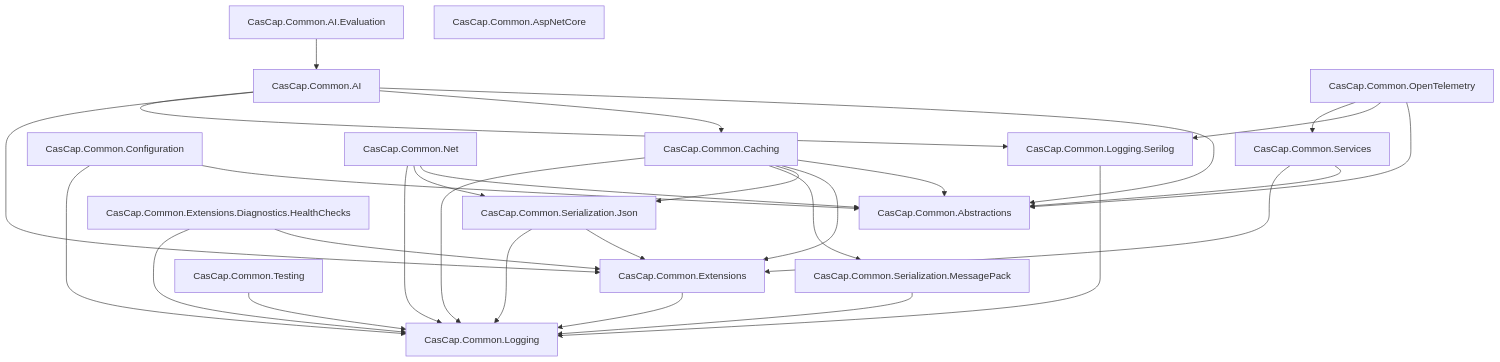
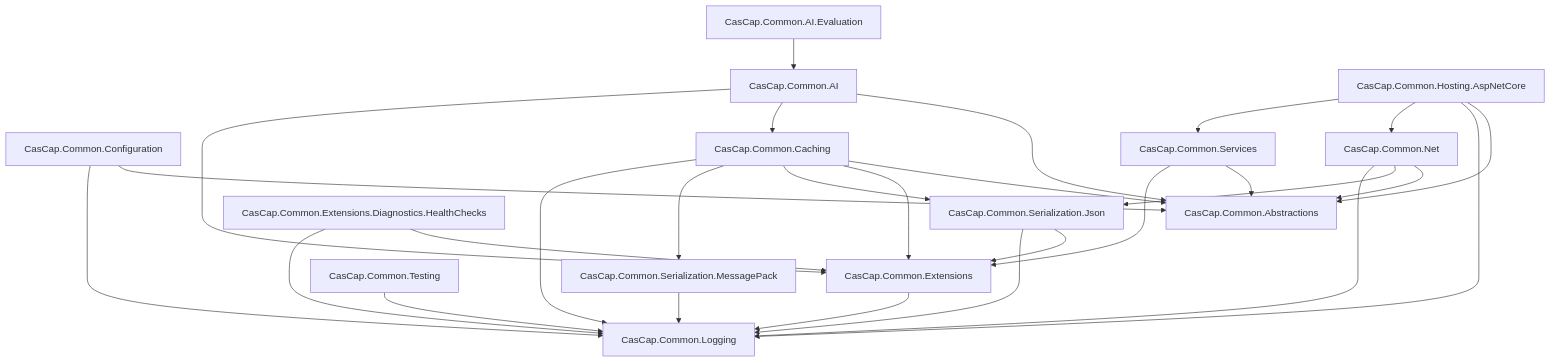
Before and after one commit to f2calv/CasCap.Common: the first of 2 diagrams in README.md, drawn with Mermaid. The commit also changed other lines of this file and 16 other files, not shown here.

First line of the commit message:
refactor(hosting): consolidate ASP.NET Core host services

````diff
--- a/README.md
+++ b/README.md
@@ -93,48 +85,45 @@
 ```mermaid
 graph TD
     Logging[CasCap.Common.Logging]
-    LoggingSerilog[CasCap.Common.Logging.Serilog]
     Abstractions[CasCap.Common.Abstractions]
     Extensions[CasCap.Common.Extensions]
     Configuration[CasCap.Common.Configuration]
     SerJson[CasCap.Common.Serialization.Json]
     SerMsgPack[CasCap.Common.Serialization.MessagePack]
     Net[CasCap.Common.Net]
     Caching[CasCap.Common.Caching]
     Services[CasCap.Common.Services]
     HealthChecks[CasCap.Common.Extensions.Diagnostics.HealthChecks]
     Testing[CasCap.Common.Testing]
     AI[CasCap.Common.AI]
     AIEvaluation[CasCap.Common.AI.Evaluation]
-    AspNetCore[CasCap.Common.AspNetCore]
-    OTel[CasCap.Common.OpenTelemetry]
+    HostingAspNetCore[CasCap.Common.Hosting.AspNetCore]
 
     Extensions --> Logging
-    LoggingSerilog --> Logging
     Configuration --> Abstractions
     Configuration --> Logging
     SerJson --> Extensions
     SerJson --> Logging
     SerMsgPack --> Logging
     Net --> Abstractions
     Net --> SerJson
     Net --> Logging
     HealthChecks --> Extensions
     HealthChecks --> Logging
     Testing --> Logging
     Services --> Abstractions
     Services --> Extensions
     Caching --> Abstractions
     Caching --> Extensions
     Caching --> SerJson
     Caching --> SerMsgPack
     Caching --> Logging
     AI --> Abstractions
     AI --> Caching
     AI --> Extensions
-    AI --> LoggingSerilog
     AIEvaluation --> AI
-    OTel --> Abstractions
-    OTel --> LoggingSerilog
-    OTel --> Services
+    HostingAspNetCore --> Abstractions
+    HostingAspNetCore --> Logging
+    HostingAspNetCore --> Net
+    HostingAspNetCore --> Services
 ```
````
